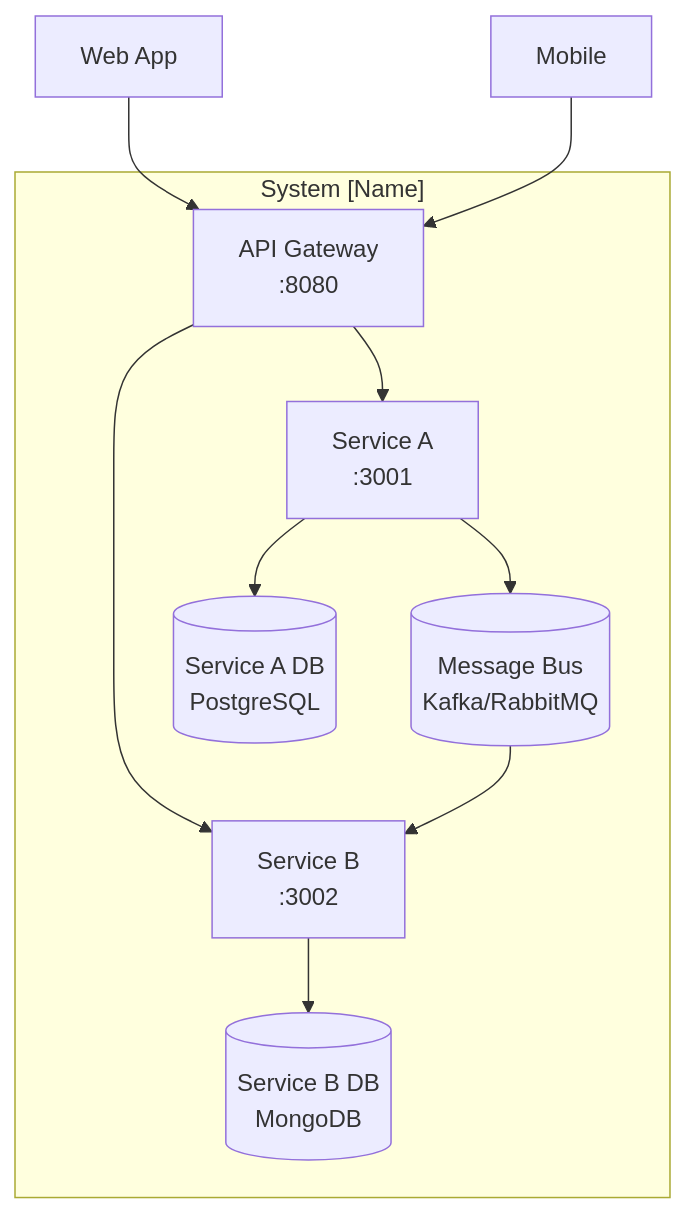
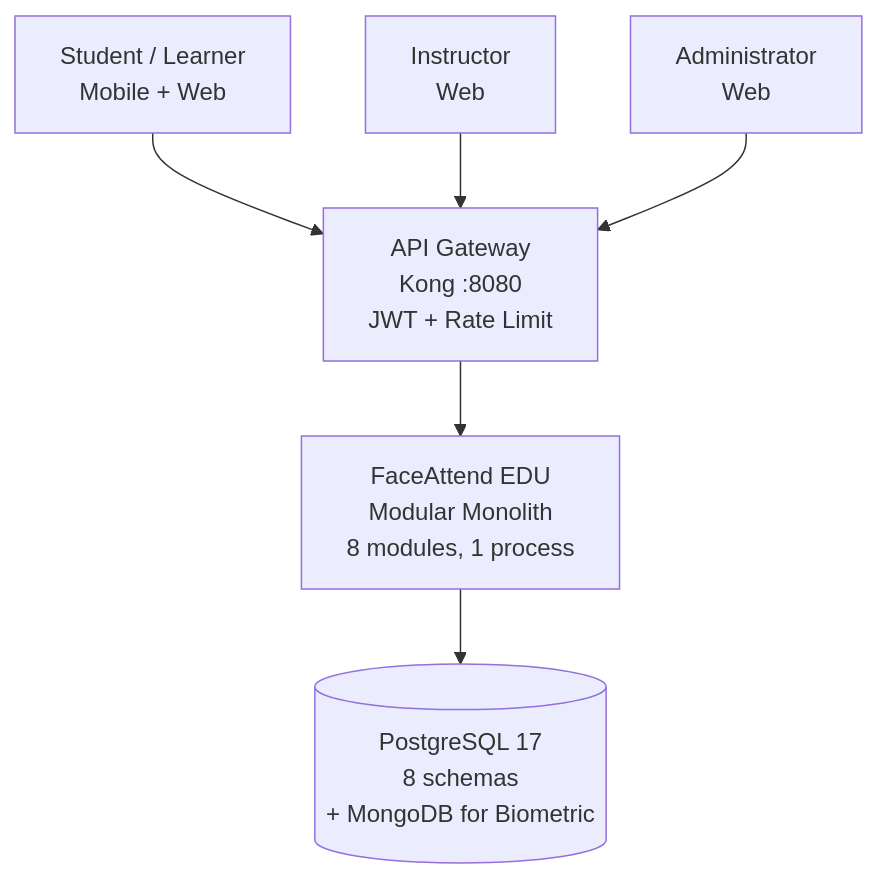
Before and after one commit to code-sena/fae-docs: the first of 2 diagrams in 05-architecture/overview.md, drawn with Mermaid. The commit also changed other lines of this file and 42 other files, not shown here.

````diff
--- a/05-architecture/overview.md
+++ b/05-architecture/overview.md
@@ -67,20 +23,14 @@
 ```mermaid
 graph TB
-  subgraph "System [Name]"
-    GW[API Gateway<br/>:8080]
-    SA[Service A<br/>:3001]
-    SB[Service B<br/>:3002]
-    BUS[(Message Bus<br/>Kafka/RabbitMQ)]
-    DBA[(Service A DB<br/>PostgreSQL)]
-    DBB[(Service B DB<br/>MongoDB)]
-  end
-
-  WEB[Web App] --> GW
-  MOB[Mobile] --> GW
-  GW --> SA
-  GW --> SB
-  SA --> DBA
-  SB --> DBB
-  SA --> BUS
-  BUS --> SB
+  Learner[Student / Learner<br/>Mobile + Web]
+  Instructor[Instructor<br/>Web]
+  Admin[Administrator<br/>Web]
+  GW[API Gateway<br/>Kong :8080<br/>JWT + Rate Limit]
+  APP[FaceAttend EDU<br/>Modular Monolith<br/>8 modules, 1 process]
+  PG[(PostgreSQL 17<br/>8 schemas<br/>+ MongoDB for Biometric)]
+  Learner --> GW
+  Instructor --> GW
+  Admin --> GW
+  GW --> APP
+  APP --> PG
 ```
````
